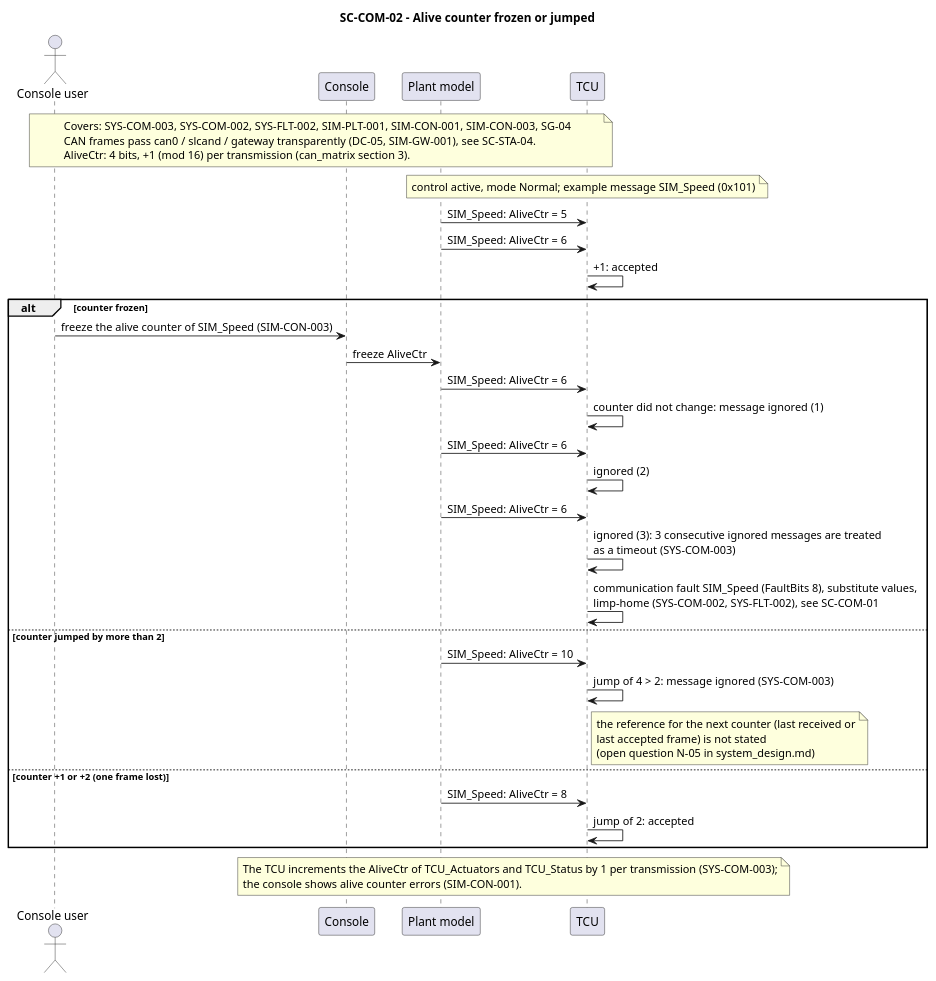
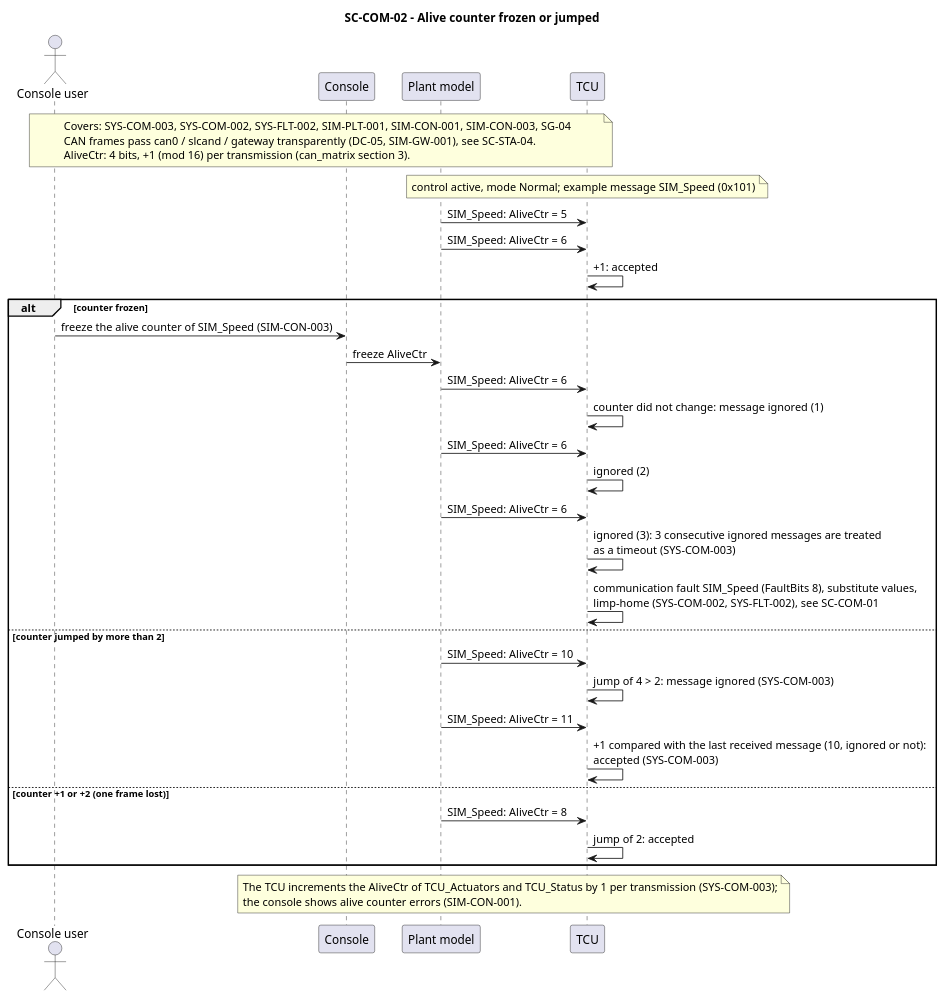
Before and after one commit to cavoidcodon/xAT: the diagram in docs/architecture/system/diagrams/seq_com_alive_counter.puml, drawn with PlantUML. The commit also changed 16 other files, not shown here.

First line of the commit message:
Update system design for spec findings N-01..N-11 (TASK-026)

```diff
--- a/docs/architecture/system/diagrams/seq_com_alive_counter.puml
+++ b/docs/architecture/system/diagrams/seq_com_alive_counter.puml
@@ -1,43 +1,44 @@
 @startuml seq_com_alive_counter
 title SC-COM-02 - Alive counter frozen or jumped
 
 actor "Console user" as User
 participant "Console" as Console
 participant "Plant model" as Plant
 participant "TCU" as TCU
 
 note over User, TCU
 Covers: SYS-COM-003, SYS-COM-002, SYS-FLT-002, SIM-PLT-001, SIM-CON-001, SIM-CON-003, SG-04
 CAN frames pass can0 / slcand / gateway transparently (DC-05, SIM-GW-001), see SC-STA-04.
 AliveCtr: 4 bits, +1 (mod 16) per transmission (can_matrix section 3).
 end note
 
 note over TCU: control active, mode Normal; example message SIM_Speed (0x101)
 Plant -> TCU : SIM_Speed: AliveCtr = 5
 Plant -> TCU : SIM_Speed: AliveCtr = 6
 TCU -> TCU : +1: accepted
 
 alt counter frozen
   User -> Console : freeze the alive counter of SIM_Speed (SIM-CON-003)
   Console -> Plant : freeze AliveCtr
   Plant -> TCU : SIM_Speed: AliveCtr = 6
   TCU -> TCU : counter did not change: message ignored (1)
   Plant -> TCU : SIM_Speed: AliveCtr = 6
   TCU -> TCU : ignored (2)
   Plant -> TCU : SIM_Speed: AliveCtr = 6
   TCU -> TCU : ignored (3): 3 consecutive ignored messages are treated\nas a timeout (SYS-COM-003)
   TCU -> TCU : communication fault SIM_Speed (FaultBits 8), substitute values,\nlimp-home (SYS-COM-002, SYS-FLT-002), see SC-COM-01
 else counter jumped by more than 2
   Plant -> TCU : SIM_Speed: AliveCtr = 10
   TCU -> TCU : jump of 4 > 2: message ignored (SYS-COM-003)
-  note right of TCU: the reference for the next counter (last received or\nlast accepted frame) is not stated\n(open question N-05 in system_design.md)
+  Plant -> TCU : SIM_Speed: AliveCtr = 11
+  TCU -> TCU : +1 compared with the last received message (10, ignored or not):\naccepted (SYS-COM-003)
 else counter +1 or +2 (one frame lost)
   Plant -> TCU : SIM_Speed: AliveCtr = 8
   TCU -> TCU : jump of 2: accepted
 end
 
 note over Plant, TCU
 The TCU increments the AliveCtr of TCU_Actuators and TCU_Status by 1 per transmission (SYS-COM-003);
 the console shows alive counter errors (SIM-CON-001).
 end note
 @enduml
```
